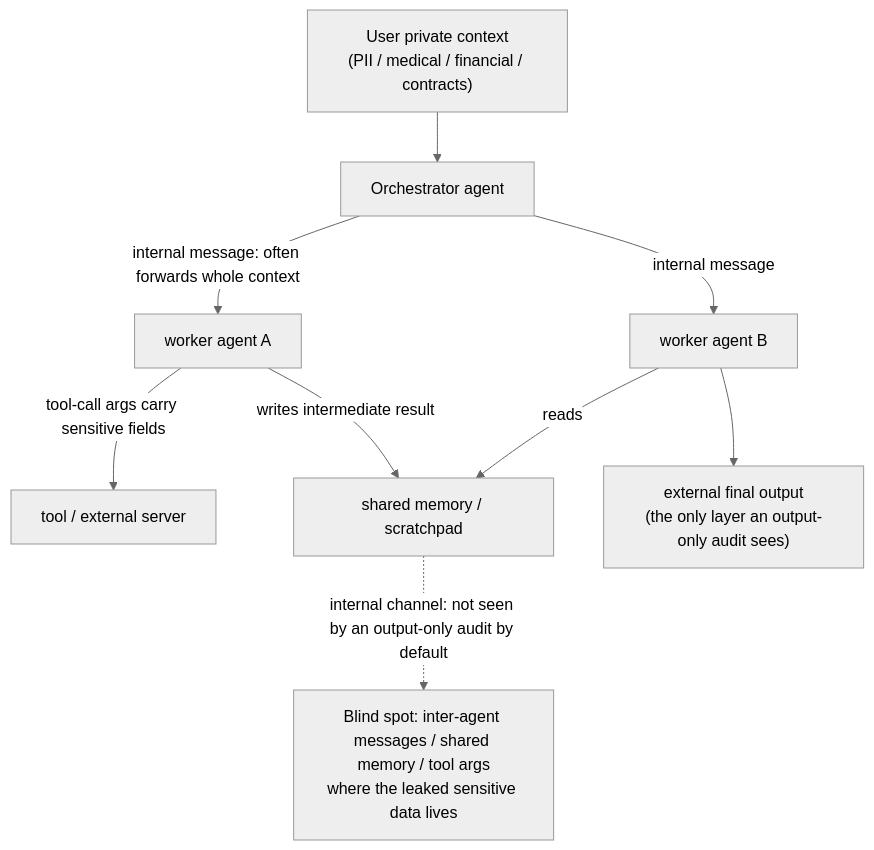
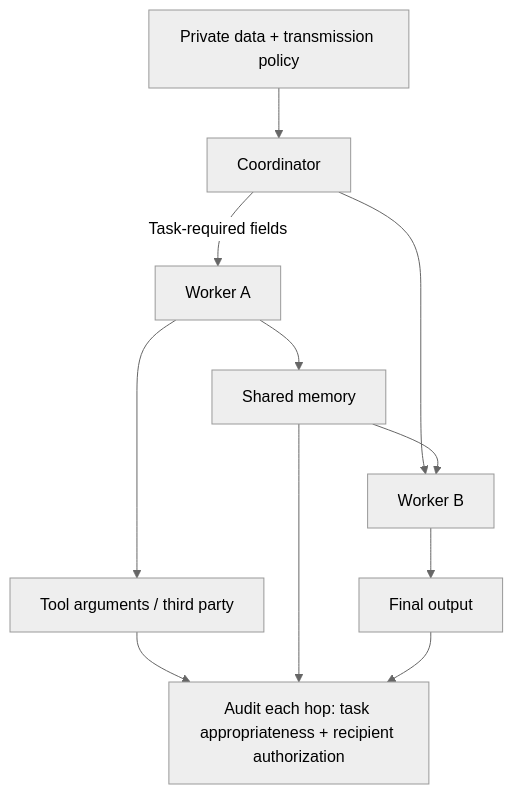
One commit to XuebinMa/AIWiki changed the diagram in i18n/en/docusaurus-plugin-content-docs-privacy/current/04-rag-agents/multi-agent-internal-leakage.mdx. Above: the diagram before and after it, drawn with Mermaid (neutral theme). The commit also changed other lines of this file and 325 other files, not shown here.

````diff
--- a/i18n/en/docusaurus-plugin-content-docs-privacy/current/04-rag-agents/multi-agent-internal-leakage.mdx
+++ b/i18n/en/docusaurus-plugin-content-docs-privacy/current/04-rag-agents/multi-agent-internal-leakage.mdx
@@ -34,11 +37,13 @@
 ```mermaid
 flowchart TB
-    U["User private context<br/>(PII / medical / financial / contracts)"] --> O["Orchestrator agent"]
-    O -->|"internal message: often forwards whole context"| W1["worker agent A"]
-    O -->|"internal message"| W2["worker agent B"]
-    W1 -->|"tool-call args carry sensitive fields"| T["tool / external server"]
-    W1 -->|"writes intermediate result"| M["shared memory / scratchpad"]
-    W2 -->|"reads"| M
-    W2 --> OUT["external final output<br/>(the only layer an output-only audit sees)"]
-    M -.->|"internal channel: not seen by an output-only audit by default"| AUD["Blind spot: inter-agent messages / shared memory / tool args<br/>where the leaked sensitive data lives"]
+    U["Private data + transmission policy"] --> O["Coordinator"]
+    O -->|"Task-required fields"| W1["Worker A"]
+    O --> W2["Worker B"]
+    W1 --> T["Tool arguments / third party"]
+    W1 --> M["Shared memory"]
+    M --> W2
+    W2 --> OUT["Final output"]
+    T --> AUD["Audit each hop: task appropriateness + recipient authorization"]
+    M --> AUD
+    OUT --> AUD
 ```
````
